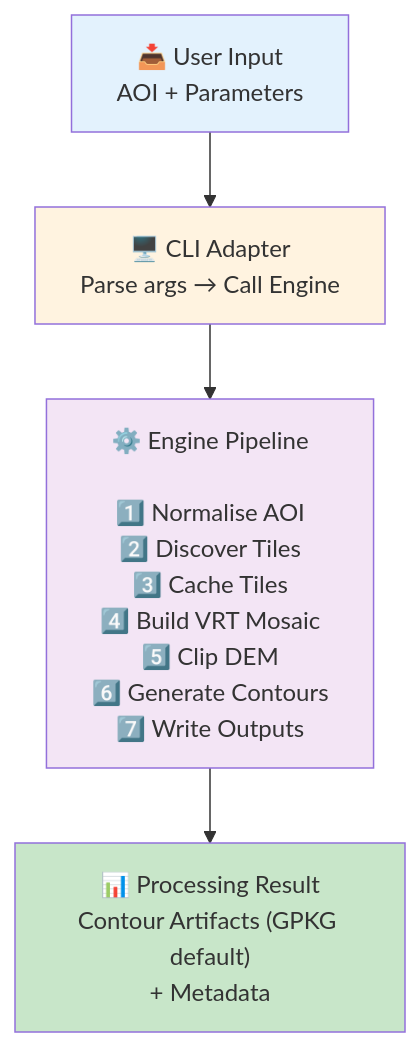
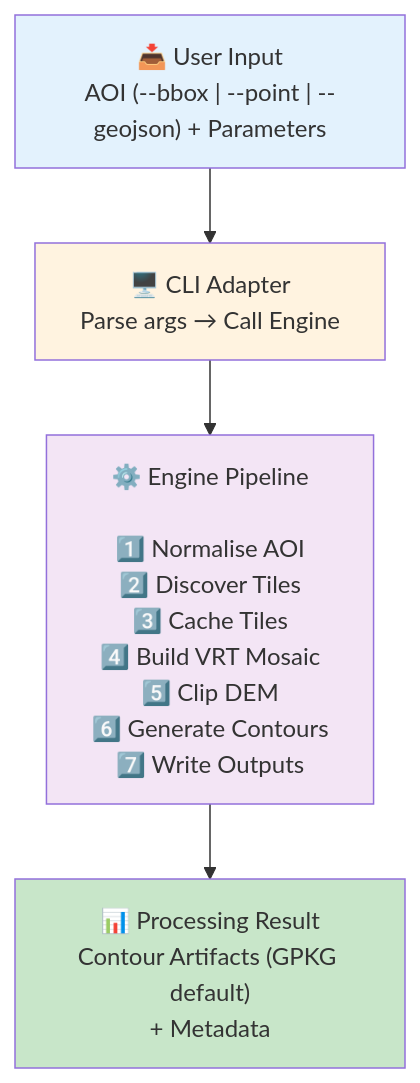
The second of 2 diagrams in docs/architecture/03-context-scope.md (dothackerman/keyline-planner), drawn with Mermaid before and after one commit. The commit also changed other lines of this file and 3 other files, not shown here.

Commit message:
docs: sync CLI and architecture docs for point AOI mode

````diff
--- a/docs/architecture/03-context-scope.md
+++ b/docs/architecture/03-context-scope.md
@@ -35,16 +35,16 @@
 ```mermaid
 graph TD
-    A["📥 User Input<br/>AOI + Parameters"]
+    A["📥 User Input<br/>AOI (--bbox | --point | --geojson) + Parameters"]
     B["🖥️ CLI Adapter<br/>Parse args → Call Engine"]
     C["⚙️ Engine Pipeline<br/><br/>1️⃣ Normalise AOI<br/>2️⃣ Discover Tiles<br/>3️⃣ Cache Tiles<br/>4️⃣ Build VRT Mosaic<br/>5️⃣ Clip DEM<br/>6️⃣ Generate Contours<br/>7️⃣ Write Outputs"]
     D["📊 Processing Result<br/>Contour Artifacts (GPKG default)<br/>+ Metadata"]
     
     A --> B
     B --> C
     C --> D
     
     style A fill:#e3f2fd
     style B fill:#fff3e0
     style C fill:#f3e5f5
     style D fill:#c8e6c9
 ```
````
